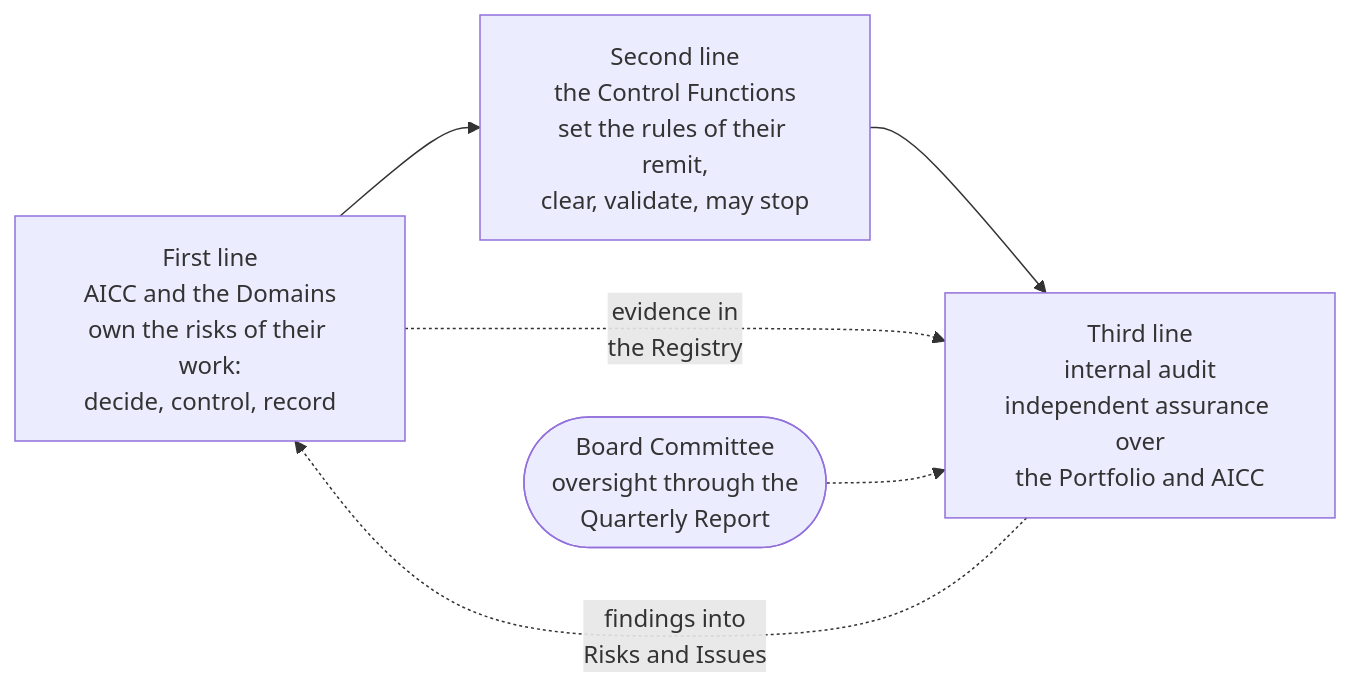
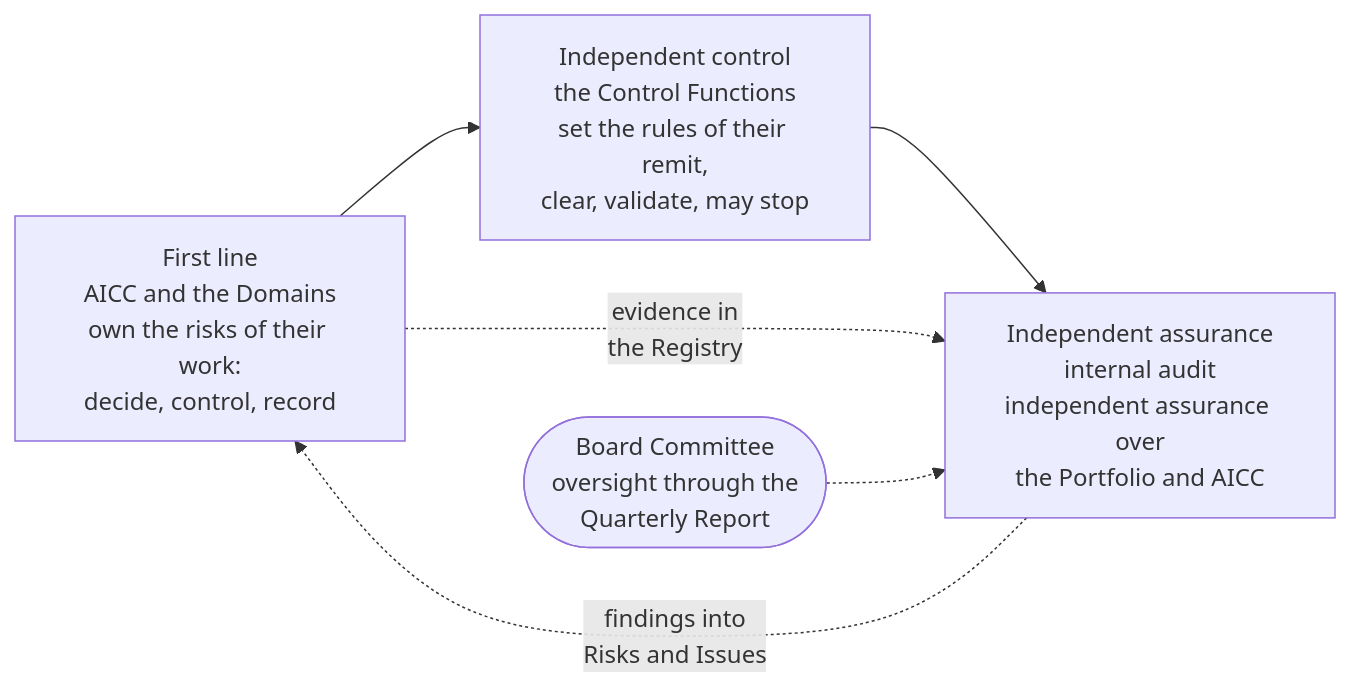
One commit to devhogu/ob-aicc changed the diagram in portal/content/governance/records-evidence-and-assurance.md. Above: the diagram before and after it, drawn with Mermaid. The commit also changed other lines of this file and 465 other files, not shown here.

````diff
--- a/portal/content/governance/records-evidence-and-assurance.md
+++ b/portal/content/governance/records-evidence-and-assurance.md
@@ -25,8 +25,8 @@
 ```mermaid
 flowchart LR
-  L1["First line<br/>AICC and the Domains<br/>own the risks of their work:<br/>decide, control, record"] --> L2["Second line<br/>the Control Functions<br/>set the rules of their remit,<br/>clear, validate, may stop"]
-  L2 --> L3["Third line<br/>internal audit<br/>independent assurance over<br/>the Portfolio and AICC"]
+  L1["First line<br/>AICC and the Domains<br/>own the risks of their work:<br/>decide, control, record"] --> L2["Independent control<br/>the Control Functions<br/>set the rules of their remit,<br/>clear, validate, may stop"]
+  L2 --> L3["Independent assurance<br/>internal audit<br/>independent assurance over<br/>the Portfolio and AICC"]
   L1 -.->|"evidence in<br/>the Registry"| L3
   L3 -.->|"findings into<br/>Risks and Issues"| L1
   B(["Board Committee<br/>oversight through the<br/>Quarterly Report"]) -.-> L3
 ```
````
